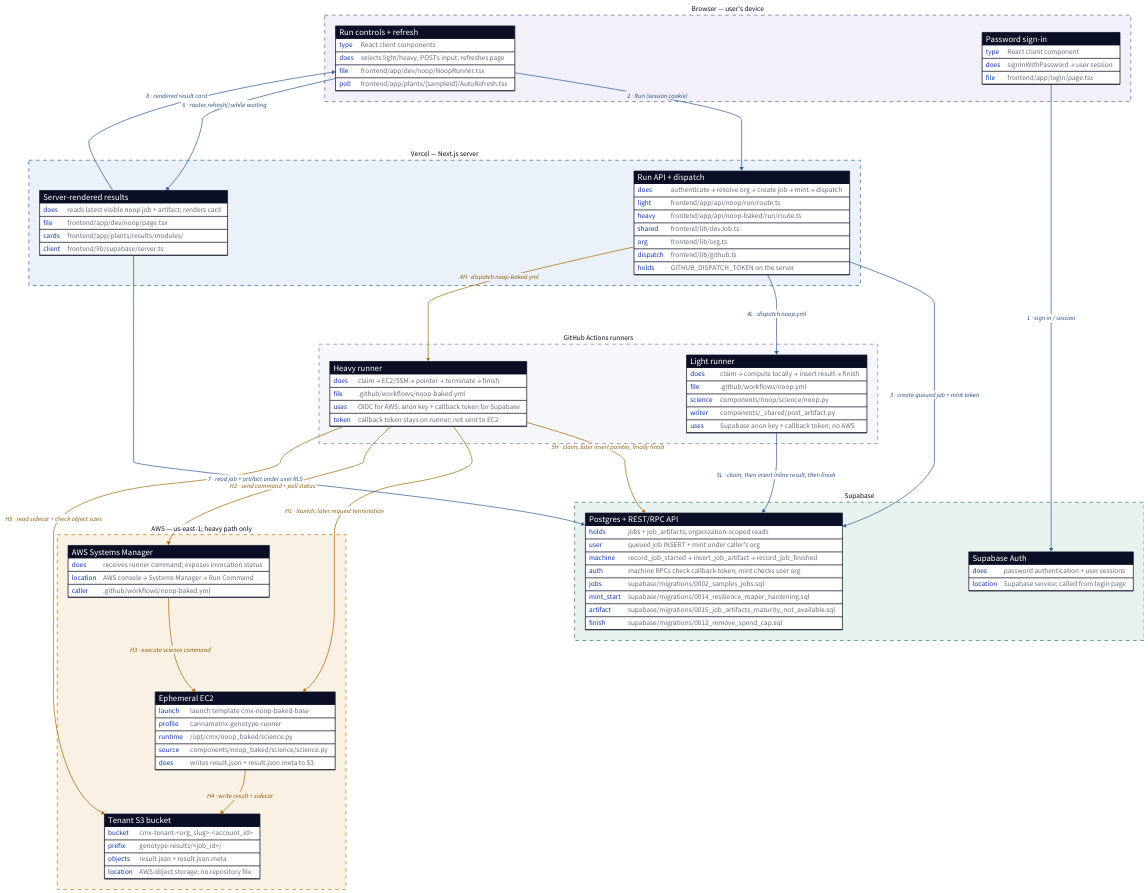
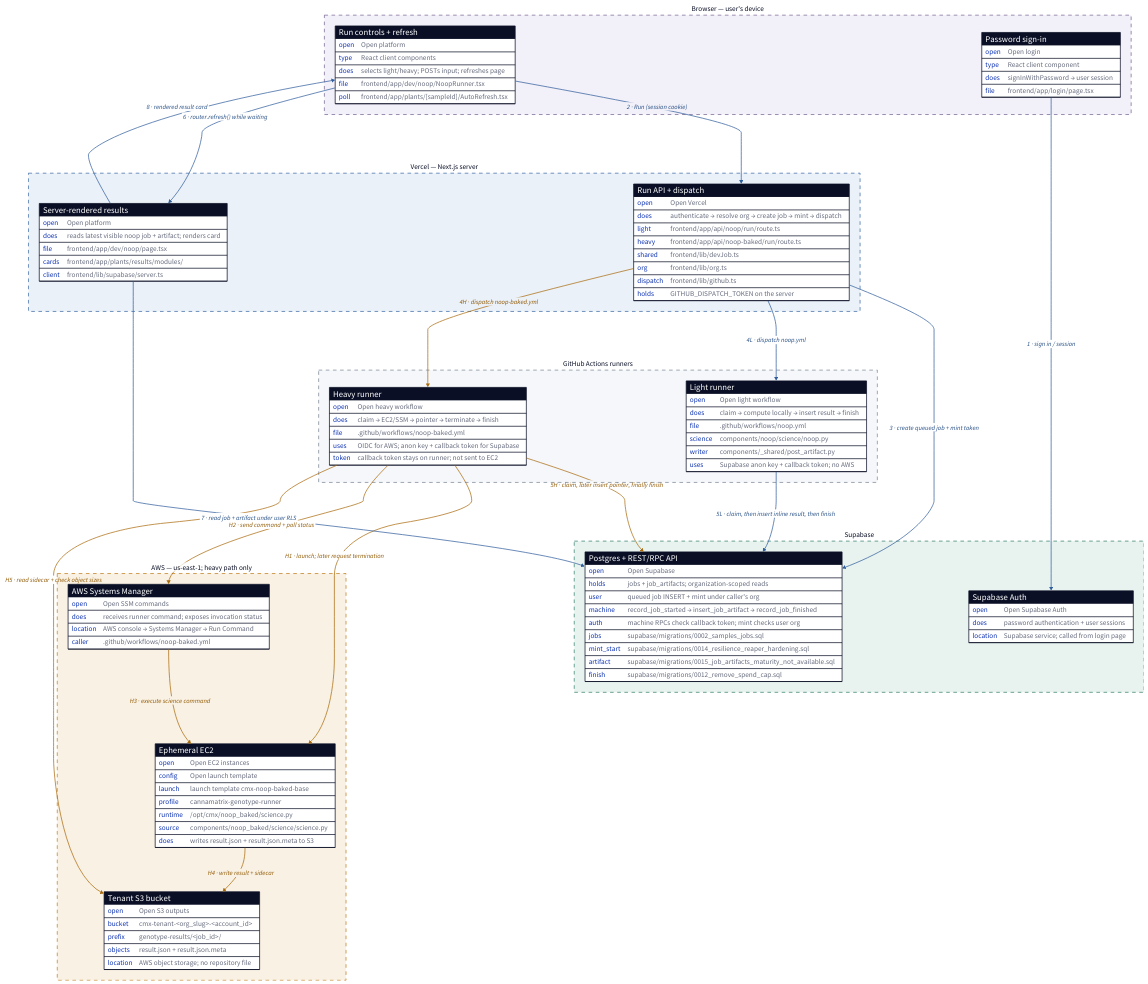
One commit to LoganGeffen/noop-flow-525086 changed the diagram in diagrams/locations.d2. Above: the diagram before and after it, drawn with D2. The commit also changed 3 other files, not shown here.

Commit message:
Add diagram-led noop walkthrough and live console links

```diff
--- a/diagrams/locations.d2
+++ b/diagrams/locations.d2
@@ -1,130 +1,142 @@
 direction: down
 
 classes: {
   box: {shape: sql_table}
   plane: {style: {fill: "#f5f7fa"; stroke: "#7c8796"; stroke-dash: 5; font-size: 20}}
   flow: {style: {stroke: "#315e9d"; font-color: "#244d84"; font-size: 18}}
   heavy: {style: {stroke: "#aa6b0d"; font-color: "#8f5700"; font-size: 18}}
 }
 
 browser: "Browser — user's device" {
   class: plane
   style: {fill: "#f2f0f8"; stroke: "#776592"}
   ui: "Run controls + refresh" {
     class: box
+    open: Open platform
     type: React client components
     does: "selects light/heavy; POSTs input; refreshes page"
     file: frontend/app/dev/noop/NoopRunner.tsx
     poll: "frontend/app/plants/[sampleId]/AutoRefresh.tsx"
   }
   login: Password sign-in {
     class: box
+    open: Open login
     type: React client component
     does: signInWithPassword → user session
     file: frontend/app/login/page.tsx
   }
 }
 
 vercel: "Vercel — Next.js server" {
   class: plane
   style: {fill: "#eaf1f8"; stroke: "#3d6aa6"}
   api: Run API + dispatch {
     class: box
+    open: Open Vercel
     does: "authenticate → resolve org → create job → mint → dispatch"
     light: frontend/app/api/noop/run/route.ts
     heavy: frontend/app/api/noop-baked/run/route.ts
     shared: frontend/lib/devJob.ts
     org: frontend/lib/org.ts
     dispatch: frontend/lib/github.ts
     holds: GITHUB_DISPATCH_TOKEN on the server
   }
   results: Server-rendered results {
     class: box
+    open: Open platform
     does: "reads latest visible noop job + artifact; renders card"
     file: frontend/app/dev/noop/page.tsx
     cards: frontend/app/plants/results/modules/
     client: frontend/lib/supabase/server.ts
   }
 }
 
 github: GitHub Actions runners {
   class: plane
   light: Light runner {
     class: box
+    open: Open light workflow
     does: "claim → compute locally → insert result → finish"
     file: .github/workflows/noop.yml
     science: components/noop/science/noop.py
     writer: components/_shared/post_artifact.py
     uses: "Supabase anon key + callback token; no AWS"
   }
   heavy: Heavy runner {
     class: box
+    open: Open heavy workflow
     does: "claim → EC2/SSM → pointer → terminate → finish"
     file: .github/workflows/noop-baked.yml
     uses: "OIDC for AWS; anon key + callback token for Supabase"
     token: "callback token stays on runner; not sent to EC2"
   }
 }
 
 aws: "AWS — us-east-1; heavy path only" {
   class: plane
   style: {fill: "#f9f1e3"; stroke: "#c17d1a"}
   ec2: Ephemeral EC2 {
     class: box
+    open: Open EC2 instances
+    config: Open launch template
     launch: launch template cmx-noop-baked-base
     profile: cannamatrix-genotype-runner
     runtime: /opt/cmx/noop_baked/science.py
     source: components/noop_baked/science/science.py
     does: writes result.json + result.json.meta to S3
   }
   ssm: AWS Systems Manager {
     class: box
+    open: Open SSM commands
     does: "receives runner command; exposes invocation status"
     location: AWS console → Systems Manager → Run Command
     caller: .github/workflows/noop-baked.yml
   }
   s3: Tenant S3 bucket {
     class: box
+    open: Open S3 outputs
     bucket: "cmx-tenant-<org_slug>-<account_id>"
     prefix: "genotype-results/<job_id>/"
     objects: result.json + result.json.meta
     location: "AWS object storage; no repository file"
   }
 }
 
 supabase: Supabase {
   class: plane
   style: {fill: "#e8f3ef"; stroke: "#35806f"}
   auth: Supabase Auth {
     class: box
+    open: Open Supabase Auth
     does: password authentication + user sessions
     location: "Supabase service; called from login page"
   }
   db: Postgres + REST/RPC API {
     class: box
+    open: Open Supabase
     holds: "jobs + job_artifacts; organization-scoped reads"
     user: queued job INSERT + mint under caller's org
     machine: record_job_started → insert_job_artifact → record_job_finished
     auth: "machine RPCs check callback token; mint checks user org"
     jobs: supabase/migrations/0002_samples_jobs.sql
     mint_start: supabase/migrations/0014_resilience_reaper_hardening.sql
     artifact: supabase/migrations/0015_job_artifacts_maturity_not_available.sql
     finish: supabase/migrations/0012_remove_spend_cap.sql
   }
 }
 
 browser.login -> supabase.auth: "1 · sign in / session" {class: flow}
 browser.ui -> vercel.api: "2 · Run (session cookie)" {class: flow}
 vercel.api -> supabase.db: "3 · create queued job + mint token" {class: flow}
 vercel.api -> github.light: "4L · dispatch noop.yml" {class: flow}
 vercel.api -> github.heavy: "4H · dispatch noop-baked.yml" {class: heavy}
 github.light -> supabase.db: "5L · claim, then insert inline result, then finish" {class: flow}
 github.heavy -> supabase.db: "5H · claim, later insert pointer, finally finish" {class: heavy}
 github.heavy -> aws.ec2: "H1 · launch; later request termination" {class: heavy}
 github.heavy -> aws.ssm: "H2 · send command + poll status" {class: heavy}
 aws.ssm -> aws.ec2: "H3 · execute science command" {class: heavy}
 aws.ec2 -> aws.s3: "H4 · write result + sidecar" {class: heavy}
 github.heavy -> aws.s3: "H5 · read sidecar + check object sizes" {class: heavy}
 browser.ui -> vercel.results: "6 · router.refresh() while waiting" {class: flow}
 vercel.results -> supabase.db: "7 · read job + artifact under user RLS" {class: flow}
 vercel.results -> browser.ui: "8 · rendered result card" {class: flow}
```
